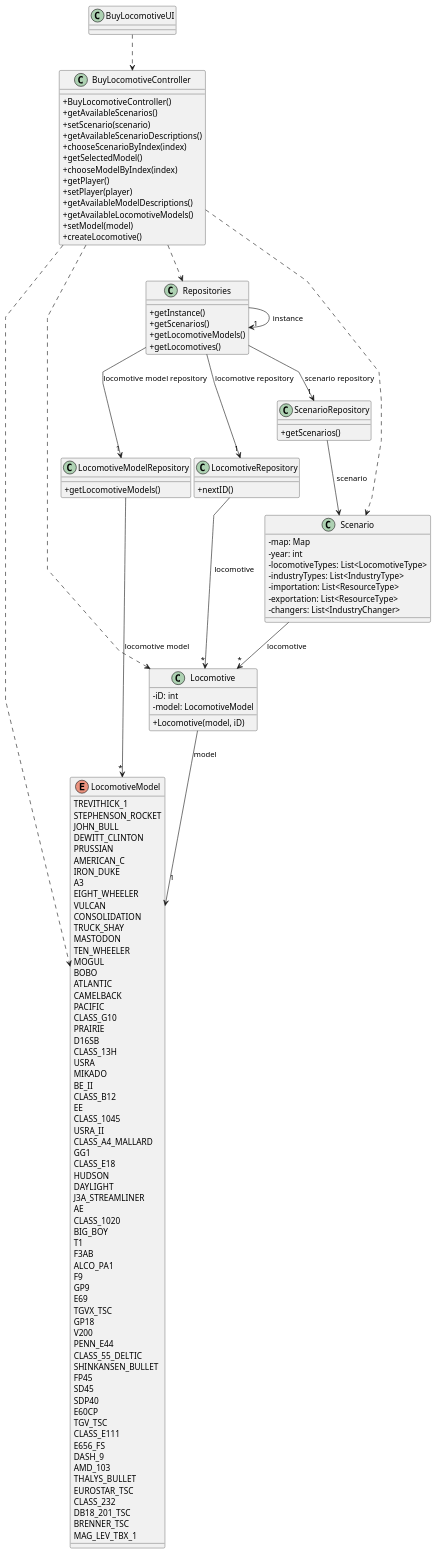
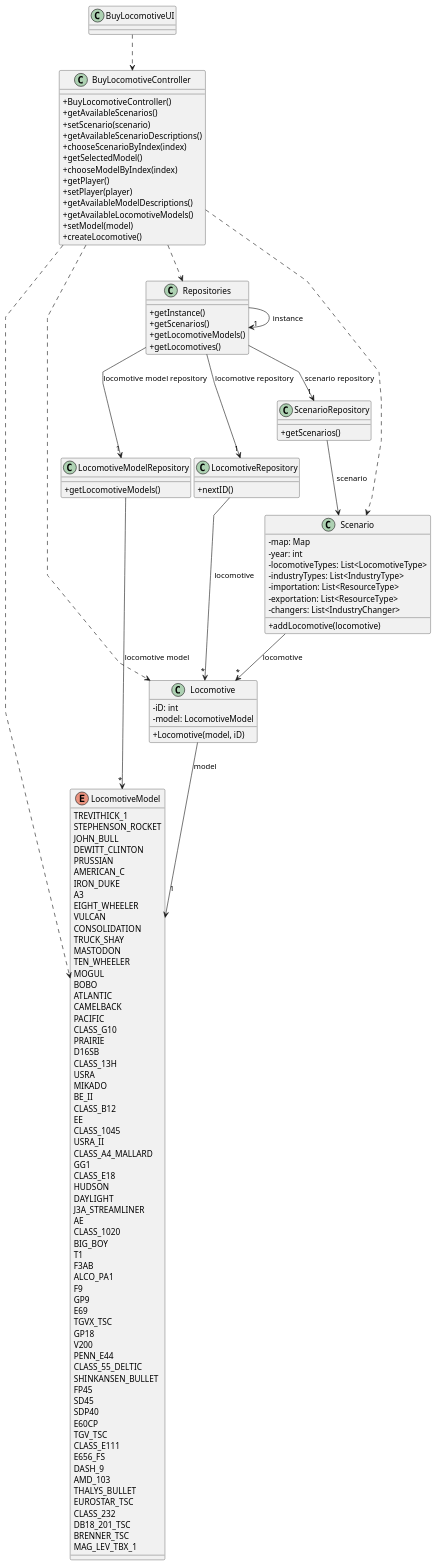
The diagram in Sprint2/US009/03.design/puml/US009-CD.puml (1240935/pi2-railway-simulator), drawn with PlantUML before and after one commit. The commit also changed 7 other files, not shown here.

```diff
--- a/Sprint2/US009/03.design/puml/US009-CD.puml
+++ b/Sprint2/US009/03.design/puml/US009-CD.puml
@@ -1,154 +1,155 @@
 @startuml
 'skinparam monochrome true
 skinparam packageStyle rectangle
 skinparam shadowing false
 skinparam linetype polyline
 'skinparam linetype orto
 
 skinparam classAttributeIconSize 0
 
 'left to right direction
 
 class BuyLocomotiveUI{
 }
 
 class BuyLocomotiveController {
   + BuyLocomotiveController()
   + getAvailableScenarios()
   + setScenario(scenario)
   + getAvailableScenarioDescriptions()
   + chooseScenarioByIndex(index)
   + getSelectedModel()
   + chooseModelByIndex(index)
   + getPlayer()
   + setPlayer(player)
   + getAvailableModelDescriptions()
   + getAvailableLocomotiveModels()
   + setModel(model)
   + createLocomotive()
 }
 
 class Repositories {
   + getInstance()
   + getScenarios()
   + getLocomotiveModels()
   + getLocomotives()
 }
 
 class ScenarioRepository {
   + getScenarios()
 }
 
 class LocomotiveModelRepository {
   + getLocomotiveModels()
 }
 
 class LocomotiveRepository {
   + nextID()
 }
 
 class Scenario {
        -map: Map
        -year: int
        -locomotiveTypes: List<LocomotiveType>
        -industryTypes: List<IndustryType>
        -importation: List<ResourceType>
        -exportation: List<ResourceType>
        -changers: List<IndustryChanger>
+       +addLocomotive(locomotive)
  }
 
 enum LocomotiveModel{
     TREVITHICK_1
     STEPHENSON_ROCKET
     JOHN_BULL
     DEWITT_CLINTON
     PRUSSIAN
     AMERICAN_C
     IRON_DUKE
     A3
     EIGHT_WHEELER
     VULCAN
     CONSOLIDATION
     TRUCK_SHAY
     MASTODON
     TEN_WHEELER
     MOGUL
     BOBO
     ATLANTIC
     CAMELBACK
     PACIFIC
     CLASS_G10
     PRAIRIE
     D16SB
     CLASS_13H
     USRA
     MIKADO
     BE_II
     CLASS_B12
     EE
     CLASS_1045
     USRA_II
     CLASS_A4_MALLARD
     GG1
     CLASS_E18
     HUDSON
     DAYLIGHT
     J3A_STREAMLINER
     AE
     CLASS_1020
     BIG_BOY
     T1
     F3AB
     ALCO_PA1
     F9
     GP9
     E69
     TGVX_TSC
     GP18
     V200
     PENN_E44
     CLASS_55_DELTIC
     SHINKANSEN_BULLET
     FP45
     SD45
     SDP40
     E60CP
     TGV_TSC
     CLASS_E111
     E656_FS
     DASH_9
     AMD_103
     THALYS_BULLET
     EUROSTAR_TSC
     CLASS_232
     DB18_201_TSC
     BRENNER_TSC
     MAG_LEV_TBX_1
 
 }
 
 class Locomotive {
   - iD: int
   - model: LocomotiveModel
   + Locomotive(model, iD)
 }
 
 BuyLocomotiveUI ..> BuyLocomotiveController
 BuyLocomotiveController ..> Scenario
 BuyLocomotiveController ..> LocomotiveModel
 BuyLocomotiveController ..> Locomotive
 BuyLocomotiveController ..> Repositories
 
 Repositories -> "1" Repositories : instance
 Repositories --> "1" ScenarioRepository : scenario repository
 Repositories --> "1" LocomotiveModelRepository : locomotive model repository
 Repositories --> "1" LocomotiveRepository : locomotive repository
 ScenarioRepository --> Scenario : scenario
 
 Scenario --> "*" Locomotive: locomotive
 LocomotiveModelRepository --> "*" LocomotiveModel : locomotive model
 LocomotiveRepository --> "*" Locomotive: locomotive
 Locomotive --> "1" LocomotiveModel: model
 
 
 @enduml
```
